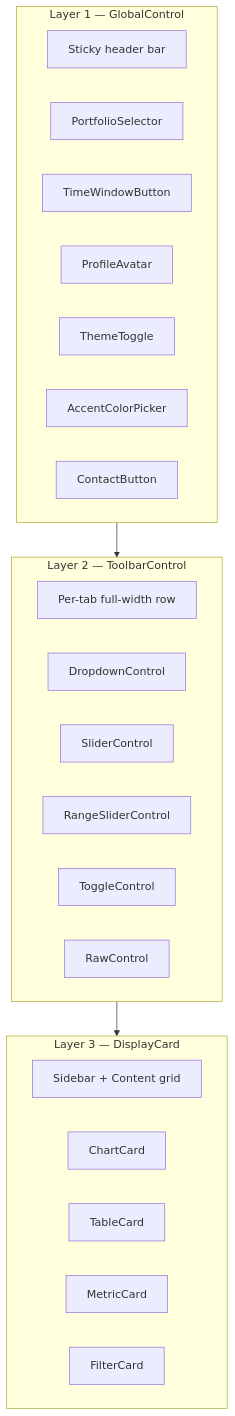
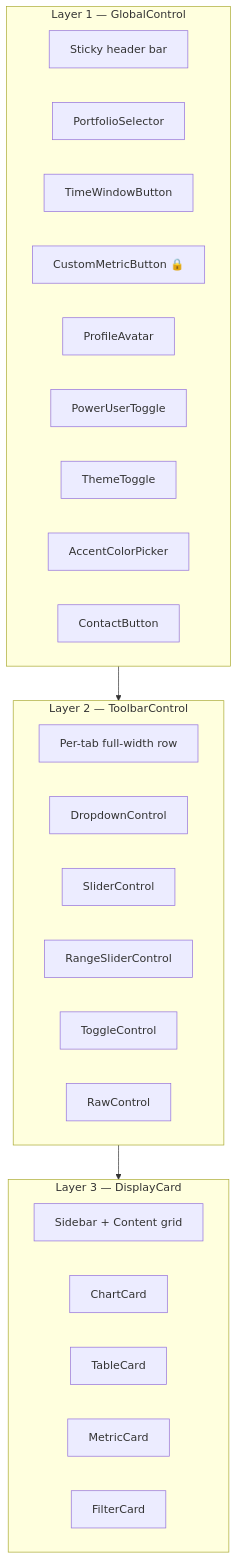
One commit to wwd1015/IRIS-D changed the diagram in docs/DEVELOPER_GUIDE.md. Above: the diagram before and after it, drawn with Mermaid. The commit also changed other lines of this file and 3 other files, not shown here.

First line of the commit message:
feat: add Power User mode to gate advanced controls behind a toggle

````diff
--- a/docs/DEVELOPER_GUIDE.md
+++ b/docs/DEVELOPER_GUIDE.md
@@ -11,31 +11,33 @@
 ```mermaid
 graph TB
     subgraph "Layer 1 — GlobalControl"
         direction LR
         L1["Sticky header bar"]
         L1a["PortfolioSelector"]
         L1b["TimeWindowButton"]
-        L1c["ProfileAvatar"]
-        L1d["ThemeToggle"]
-        L1e["AccentColorPicker"]
-        L1f["ContactButton"]
+        L1c["CustomMetricButton 🔒"]
+        L1d["ProfileAvatar"]
+        L1e["PowerUserToggle"]
+        L1f["ThemeToggle"]
+        L1g["AccentColorPicker"]
+        L1h["ContactButton"]
     end
     subgraph "Layer 2 — ToolbarControl"
         direction LR
         L2["Per-tab full-width row"]
         L2a["DropdownControl"]
         L2b["SliderControl"]
         L2c["RangeSliderControl"]
         L2d["ToggleControl"]
         L2e["RawControl"]
     end
     subgraph "Layer 3 — DisplayCard"
         direction LR
         L3["Sidebar + Content grid"]
         L3a["ChartCard"]
         L3b["TableCard"]
         L3c["MetricCard"]
         L3d["FilterCard"]
     end
     L1 --> L2 --> L3
 ```
````
